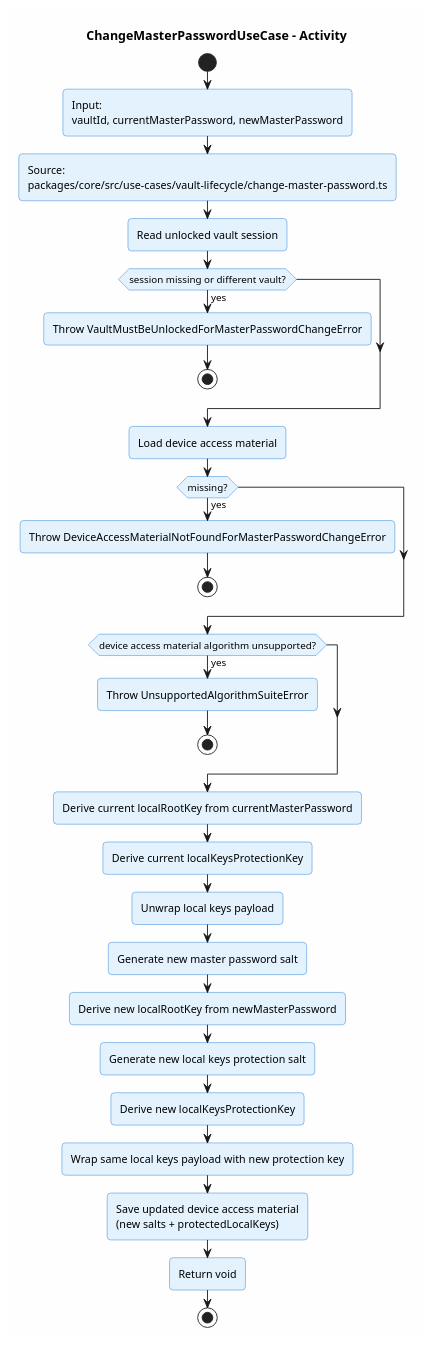
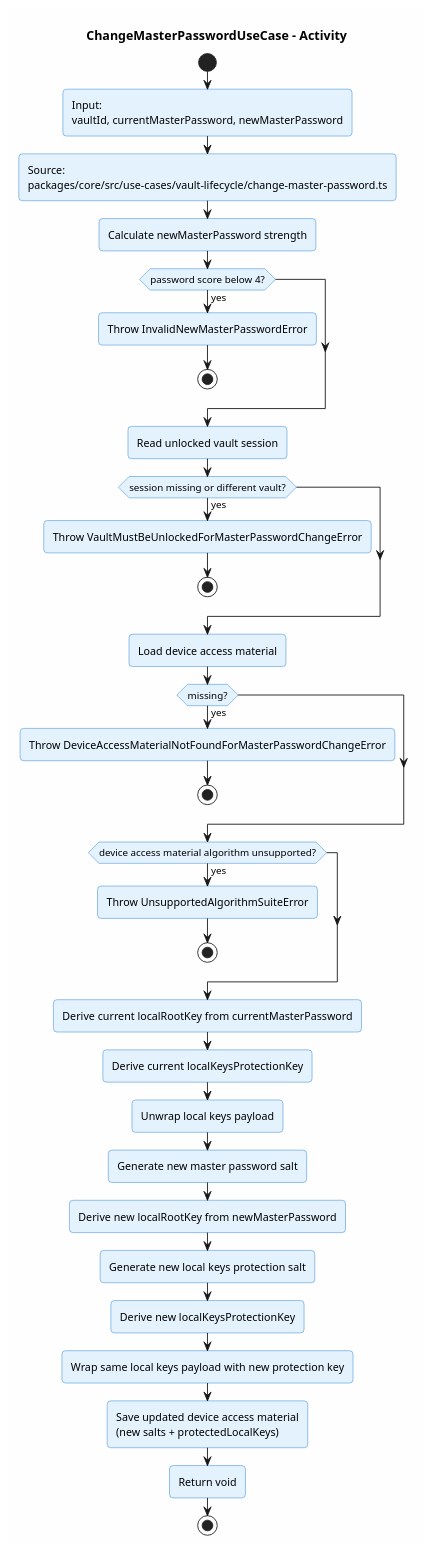
The diagram in docs/v1/use-case/vault-lifecycle/change-master-password.activity.puml (ArionStudio/engr-serverless-pm), drawn with PlantUML before and after one commit. The commit also changed 12 other files, not shown here.

```diff
--- a/docs/v1/use-case/vault-lifecycle/change-master-password.activity.puml
+++ b/docs/v1/use-case/vault-lifecycle/change-master-password.activity.puml
@@ -1,43 +1,48 @@
 @startuml change-master-password-activity
 title ChangeMasterPasswordUseCase - Activity
 
 skinparam backgroundColor #FEFEFE
 skinparam roundcorner 8
 skinparam shadowing false
 skinparam activity {
   BackgroundColor #E3F2FD
   BorderColor #1976D2
 }
 
 start
 :Input:\nvaultId, currentMasterPassword, newMasterPassword;
 :Source:\npackages/core/src/use-cases/vault-lifecycle/change-master-password.ts;
+:Calculate newMasterPassword strength;
+if (password score below 4?) then (yes)
+  :Throw InvalidNewMasterPasswordError;
+  stop
+endif
 :Read unlocked vault session;
 if (session missing or different vault?) then (yes)
   :Throw VaultMustBeUnlockedForMasterPasswordChangeError;
   stop
 endif
 
 :Load device access material;
 if (missing?) then (yes)
   :Throw DeviceAccessMaterialNotFoundForMasterPasswordChangeError;
   stop
 endif
 
 if (device access material algorithm unsupported?) then (yes)
   :Throw UnsupportedAlgorithmSuiteError;
   stop
 endif
 
 :Derive current localRootKey from currentMasterPassword;
 :Derive current localKeysProtectionKey;
 :Unwrap local keys payload;
 :Generate new master password salt;
 :Derive new localRootKey from newMasterPassword;
 :Generate new local keys protection salt;
 :Derive new localKeysProtectionKey;
 :Wrap same local keys payload with new protection key;
 :Save updated device access material\n(new salts + protectedLocalKeys);
 :Return void;
 stop
 @enduml
```
